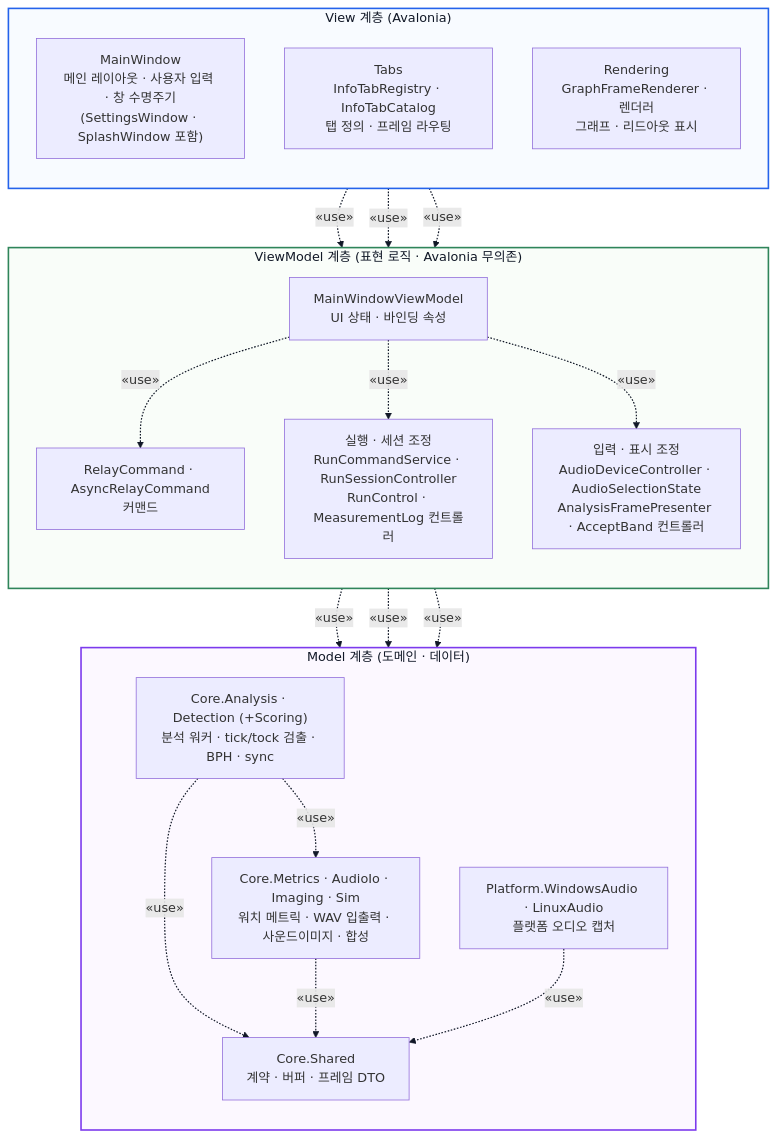
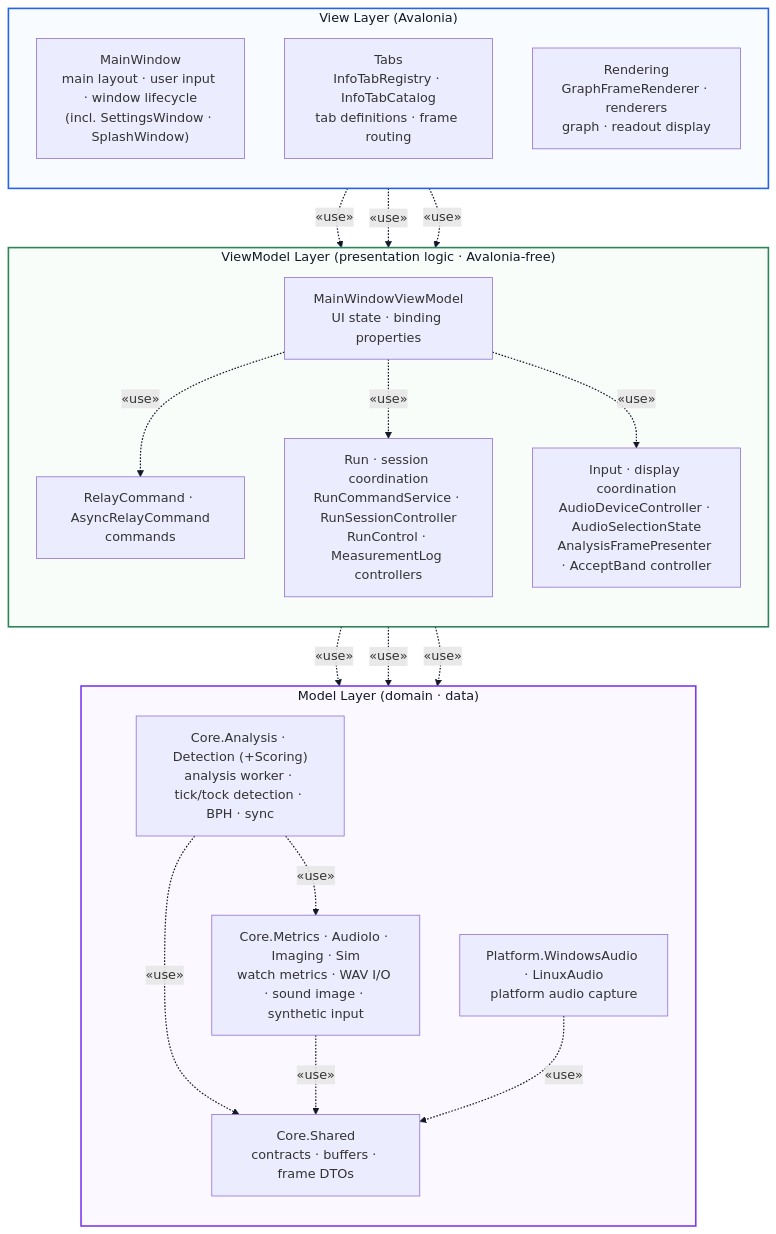
Before and after one commit to Jae-hong-5/TimeGrapher-Net: the diagram in docs/for-ai/MVVM_VIEW_ARCHITECTURE.md, drawn with Mermaid. The commit also changed other lines of this file, not shown here.

First line of the commit message:
docs(for-ai): write the MVVM dependency view in English only

````diff
--- a/docs/for-ai/MVVM_VIEW_ARCHITECTURE.md
+++ b/docs/for-ai/MVVM_VIEW_ARCHITECTURE.md
@@ -13,47 +16,47 @@
 ```mermaid
 flowchart TB
-    subgraph ViewLayer["View 계층 (Avalonia)"]
+    subgraph ViewLayer["View Layer (Avalonia)"]
         direction TB
-        MainWindow["MainWindow<br/>메인 레이아웃 · 사용자 입력 · 창 수명주기<br/>(SettingsWindow · SplashWindow 포함)"]
-        Tabs["Tabs<br/>InfoTabRegistry · InfoTabCatalog<br/>탭 정의 · 프레임 라우팅"]
-        Rendering["Rendering<br/>GraphFrameRenderer · 렌더러<br/>그래프 · 리드아웃 표시"]
+        MainWindow["MainWindow<br/>main layout · user input · window lifecycle<br/>(incl. SettingsWindow · SplashWindow)"]
+        Tabs["Tabs<br/>InfoTabRegistry · InfoTabCatalog<br/>tab definitions · frame routing"]
+        Rendering["Rendering<br/>GraphFrameRenderer · renderers<br/>graph · readout display"]
     end
 
-    subgraph ViewModelLayer["ViewModel 계층 (표현 로직 · Avalonia 무의존)"]
+    subgraph ViewModelLayer["ViewModel Layer (presentation logic · Avalonia-free)"]
         direction TB
-        MainVM["MainWindowViewModel<br/>UI 상태 · 바인딩 속성"]
-        Commands["RelayCommand · AsyncRelayCommand<br/>커맨드"]
-        RunServices["실행 · 세션 조정<br/>RunCommandService · RunSessionController<br/>RunControl · MeasurementLog 컨트롤러"]
-        IOServices["입력 · 표시 조정<br/>AudioDeviceController · AudioSelectionState<br/>AnalysisFramePresenter · AcceptBand 컨트롤러"]
+        MainVM["MainWindowViewModel<br/>UI state · binding properties"]
+        Commands["RelayCommand · AsyncRelayCommand<br/>commands"]
+        RunServices["Run · session coordination<br/>RunCommandService · RunSessionController<br/>RunControl · MeasurementLog controllers"]
+        IOServices["Input · display coordination<br/>AudioDeviceController · AudioSelectionState<br/>AnalysisFramePresenter · AcceptBand controller"]
     end
 
-    subgraph ModelLayer["Model 계층 (도메인 · 데이터)"]
+    subgraph ModelLayer["Model Layer (domain · data)"]
         direction TB
-        AnalysisDetection["Core.Analysis · Detection (+Scoring)<br/>분석 워커 · tick/tock 검출 · BPH · sync"]
-        Support["Core.Metrics · AudioIo · Imaging · Sim<br/>워치 메트릭 · WAV 입출력 · 사운드이미지 · 합성"]
-        Shared["Core.Shared<br/>계약 · 버퍼 · 프레임 DTO"]
-        Platform["Platform.WindowsAudio · LinuxAudio<br/>플랫폼 오디오 캡처"]
+        AnalysisDetection["Core.Analysis · Detection (+Scoring)<br/>analysis worker · tick/tock detection · BPH · sync"]
+        Support["Core.Metrics · AudioIo · Imaging · Sim<br/>watch metrics · WAV I/O · sound image · synthetic input"]
+        Shared["Core.Shared<br/>contracts · buffers · frame DTOs"]
+        Platform["Platform.WindowsAudio · LinuxAudio<br/>platform audio capture"]
     end
 
     style ViewLayer fill:#eaf2ff,fill-opacity:0.35,stroke:#2563eb,stroke-width:2px,color:#111827
     style ViewModelLayer fill:#edf8ee,fill-opacity:0.35,stroke:#2f855a,stroke-width:2px,color:#111827
     style ModelLayer fill:#f7ecff,fill-opacity:0.35,stroke:#7c3aed,stroke-width:2px,color:#111827
     linkStyle default stroke:#111827,stroke-width:1.5px
 
     MainWindow -. "«use»" .-> MainVM
     Tabs -. "«use»" .-> MainVM
     Rendering -. "«use»" .-> MainVM
 
     MainVM -. "«use»" .-> Commands
     MainVM -. "«use»" .-> RunServices
     MainVM -. "«use»" .-> IOServices
 
     MainVM -. "«use»" .-> Shared
     RunServices -. "«use»" .-> AnalysisDetection
     IOServices -. "«use»" .-> Support
 
     AnalysisDetection -. "«use»" .-> Support
     AnalysisDetection -. "«use»" .-> Shared
     Support -. "«use»" .-> Shared
     Platform -. "«use»" .-> Shared
 ```
````
